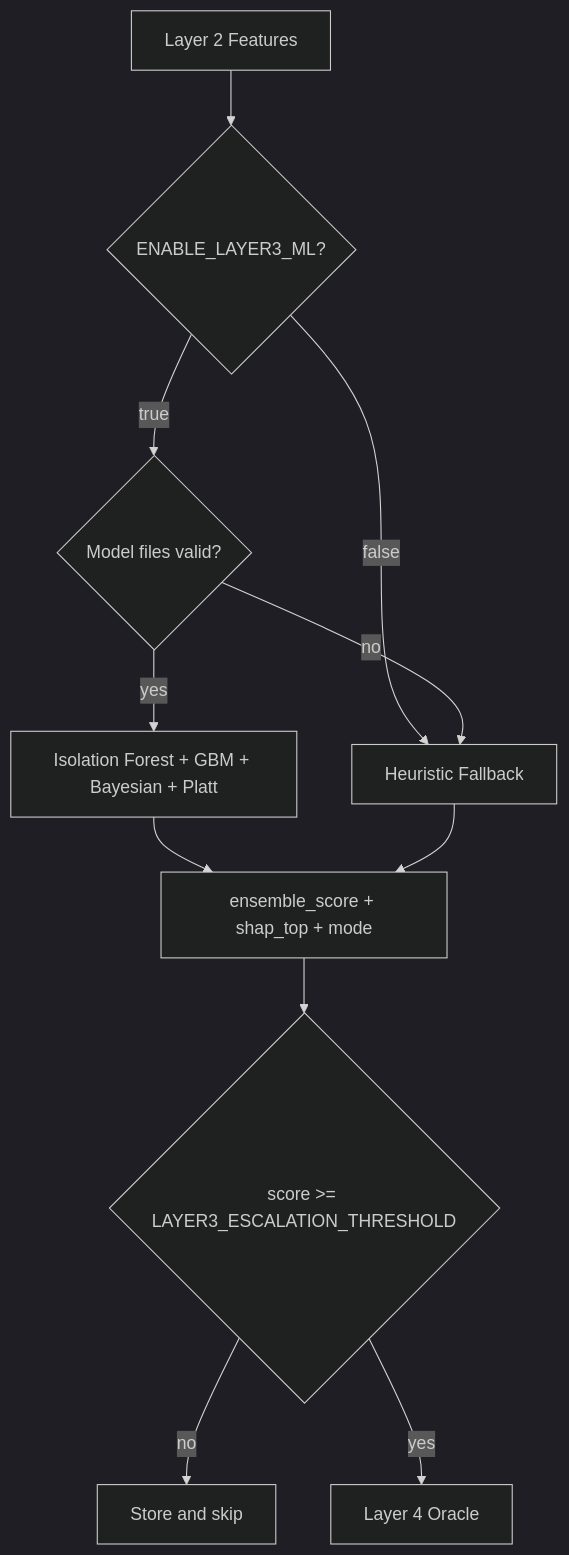
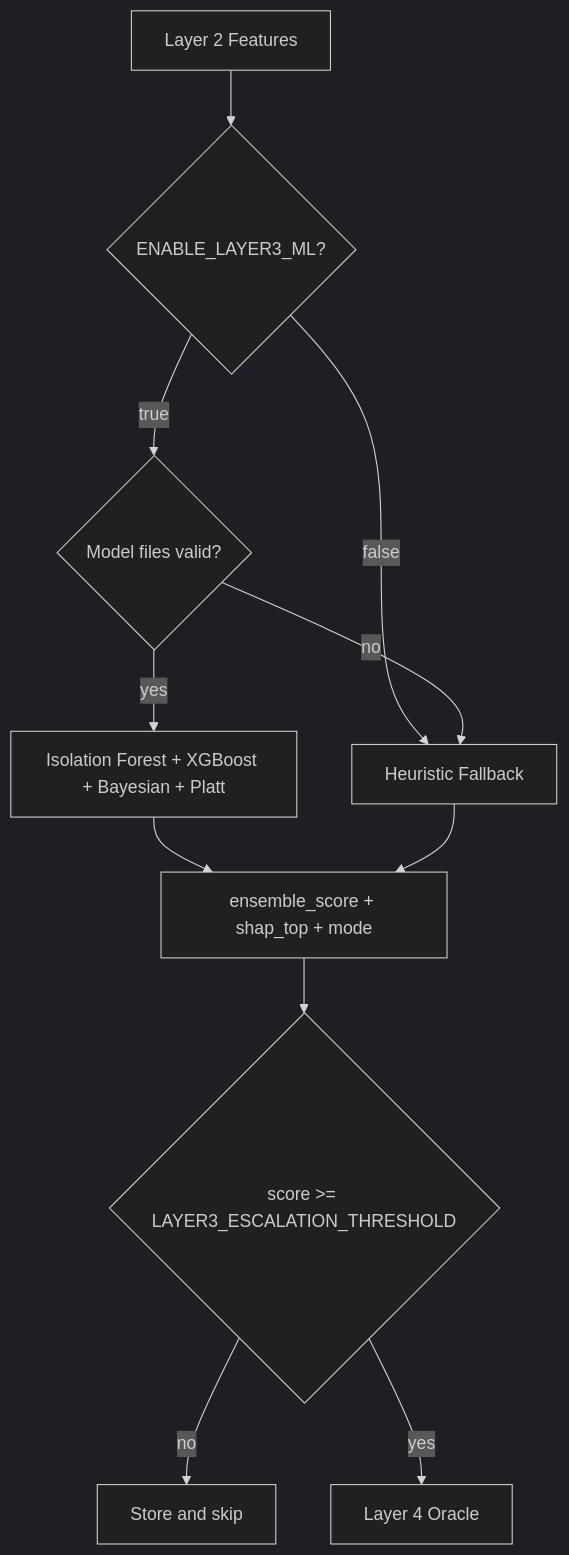
The fourth of 6 diagrams in README.md (hasansazly/Talosly-startup), drawn with Mermaid (dark theme) before and after one commit. The commit also changed other lines of this file, not shown here.

````diff
--- a/README.md
+++ b/README.md
@@ -193,13 +203,13 @@
 ```mermaid
 flowchart TD
   Features[Layer 2 Features] --> Enabled{ENABLE_LAYER3_ML?}
   Enabled -- false --> Heuristic[Heuristic Fallback]
   Enabled -- true --> Files{Model files valid?}
-  Files -- yes --> ML[Isolation Forest + GBM + Bayesian + Platt]
+  Files -- yes --> ML[Isolation Forest + XGBoost + Bayesian + Platt]
   Files -- no --> Heuristic
   ML --> Result[ensemble_score + shap_top + mode]
   Heuristic --> Result
   Result --> Gate{score >= LAYER3_ESCALATION_THRESHOLD}
   Gate -- no --> Skip[Store and skip]
   Gate -- yes --> Oracle[Layer 4 Oracle]
 ```
````
